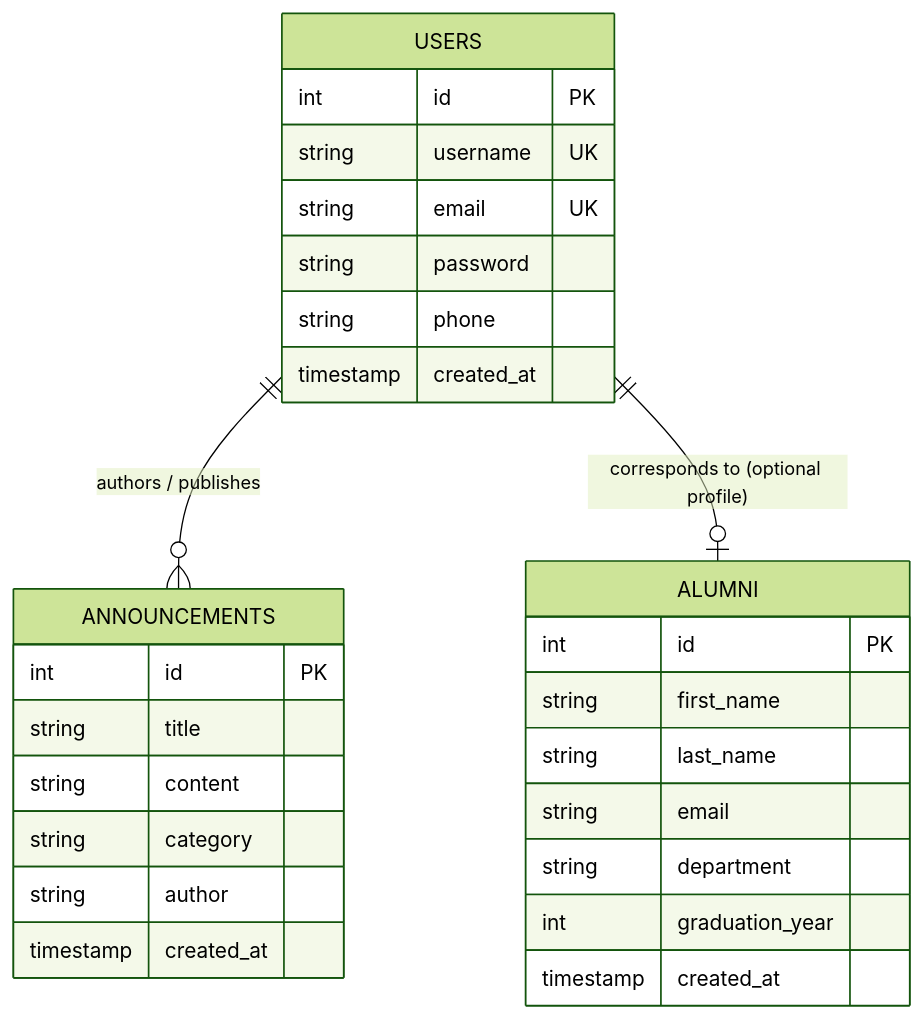
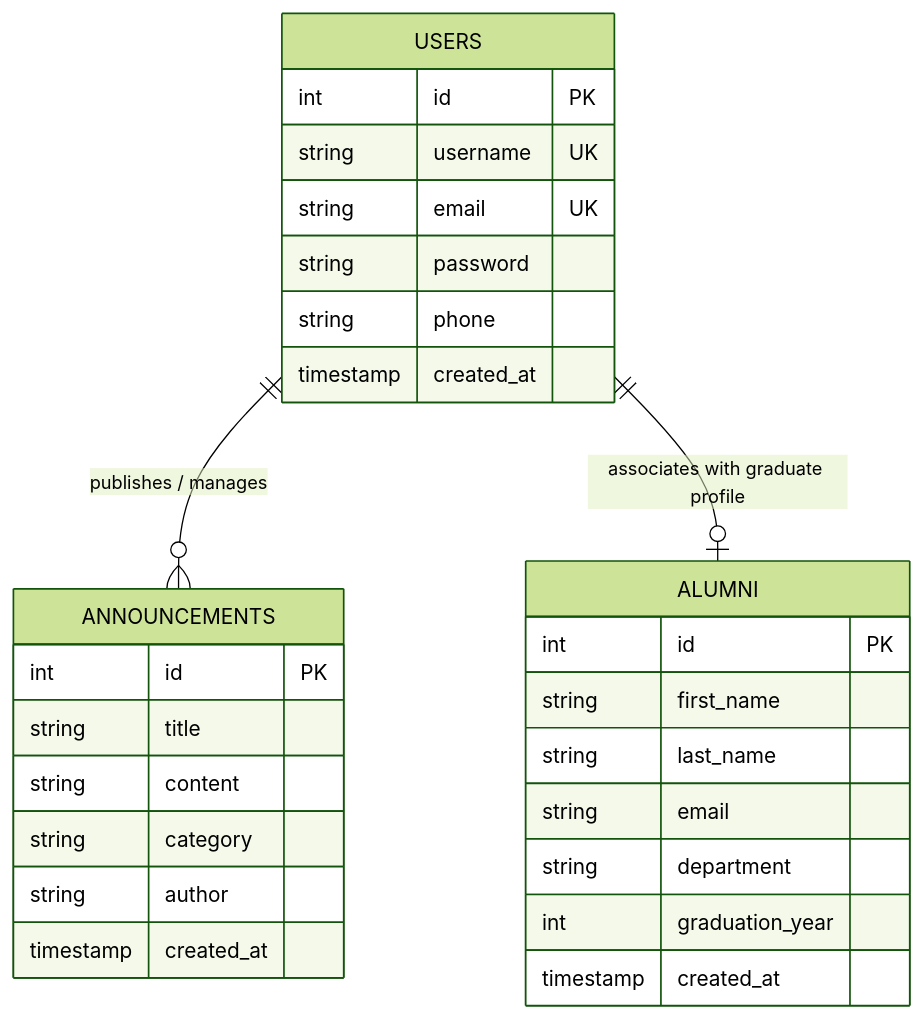
The diagram in DDD.md (dilarat1/alumni), drawn with Mermaid (forest theme) before and after one commit. The commit also changed other lines of this file, not shown here.

````diff
--- a/DDD.md
+++ b/DDD.md
@@ -87,33 +83,33 @@
 ```mermaid
 erDiagram
     USERS {
         int id PK
         string username UK
         string email UK
         string password
         string phone
         timestamp created_at
     }
 
     ALUMNI {
         int id PK
         string first_name
         string last_name
         string email
         string department
         int graduation_year
         timestamp created_at
     }
 
     ANNOUNCEMENTS {
         int id PK
         string title
         string content
         string category
         string author
         timestamp created_at
     }
 
-    USERS ||--o{ ANNOUNCEMENTS : "authors / publishes"
-    USERS ||--o| ALUMNI : "corresponds to (optional profile)"
+    USERS ||--o{ ANNOUNCEMENTS : "publishes / manages"
+    USERS ||--o| ALUMNI : "associates with graduate profile"
 ```
````
